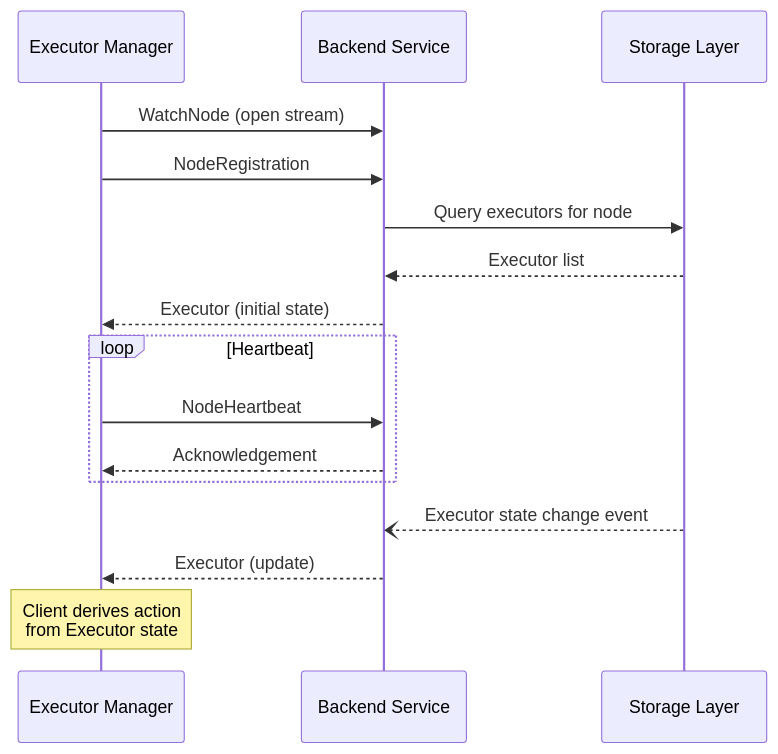
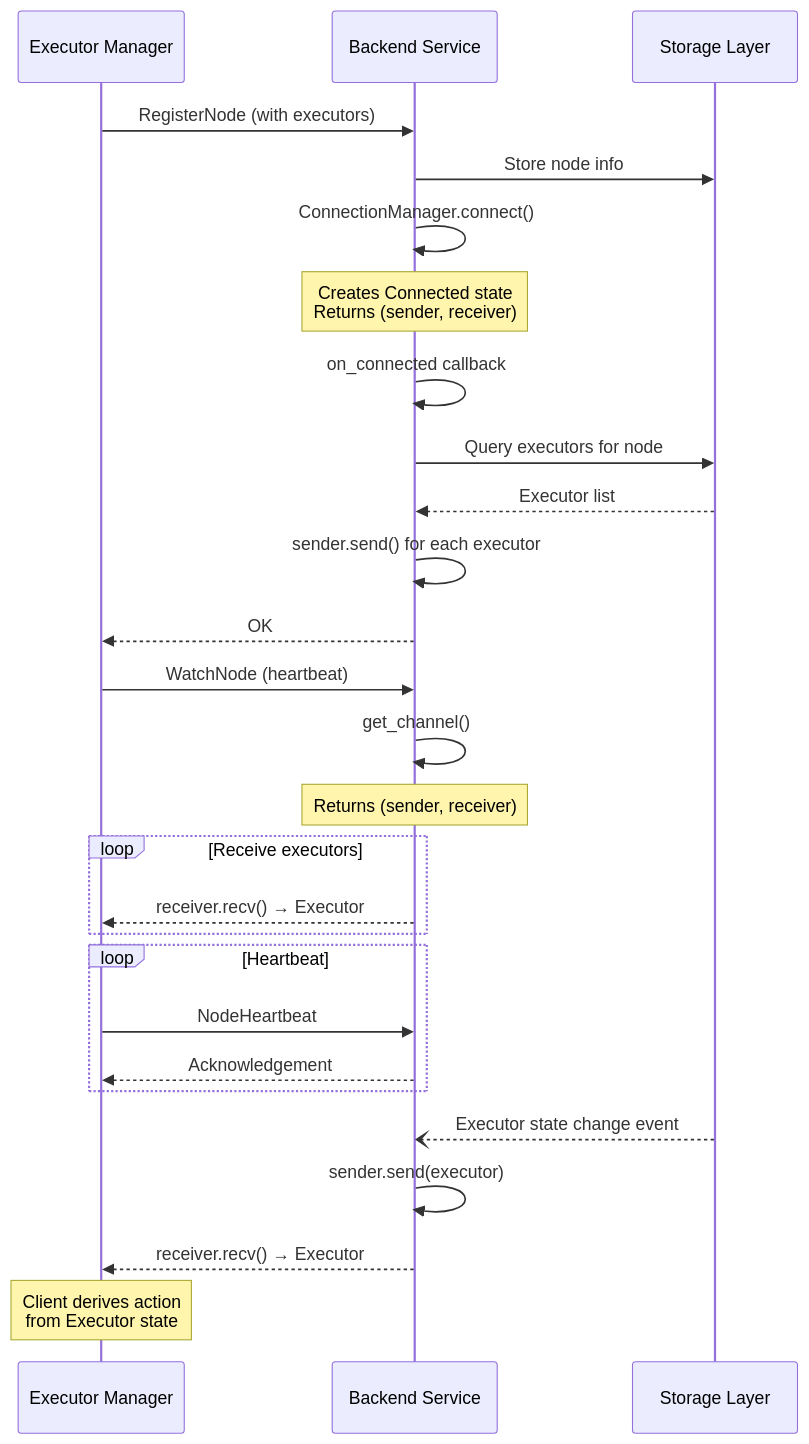
One commit to k82cn/flame changed the third of 4 diagrams in docs/designs/RFE370-watch-node/FS.md. Above: the diagram before and after it, drawn with Mermaid. The commit also changed other lines of this file and 51 other files, not shown here.

````diff
--- a/docs/designs/RFE370-watch-node/FS.md
+++ b/docs/designs/RFE370-watch-node/FS.md
@@ -137,21 +173,34 @@
 ```mermaid
 sequenceDiagram
     participant EM as Executor Manager
     participant Backend as Backend Service
     participant Storage as Storage Layer
     
-    EM->>Backend: WatchNode (open stream)
-    EM->>Backend: NodeRegistration
+    EM->>Backend: RegisterNode (with executors)
+    Backend->>Storage: Store node info
+    Backend->>Backend: ConnectionManager.connect()
+    Note over Backend: Creates Connected state<br/>Returns (sender, receiver)
+    Backend->>Backend: on_connected callback
     Backend->>Storage: Query executors for node
     Storage-->>Backend: Executor list
-    Backend-->>EM: Executor (initial state)
+    Backend->>Backend: sender.send() for each executor
+    Backend-->>EM: OK
+    
+    EM->>Backend: WatchNode (heartbeat)
+    Backend->>Backend: get_channel()
+    Note over Backend: Returns (sender, receiver)
+    
+    loop Receive executors
+        Backend-->>EM: receiver.recv() → Executor
+    end
     
     loop Heartbeat
         EM->>Backend: NodeHeartbeat
         Backend-->>EM: Acknowledgement
     end
     
     Storage--)Backend: Executor state change event
-    Backend-->>EM: Executor (update)
+    Backend->>Backend: sender.send(executor)
+    Backend-->>EM: receiver.recv() → Executor
     Note over EM: Client derives action<br/>from Executor state
 ```
````
